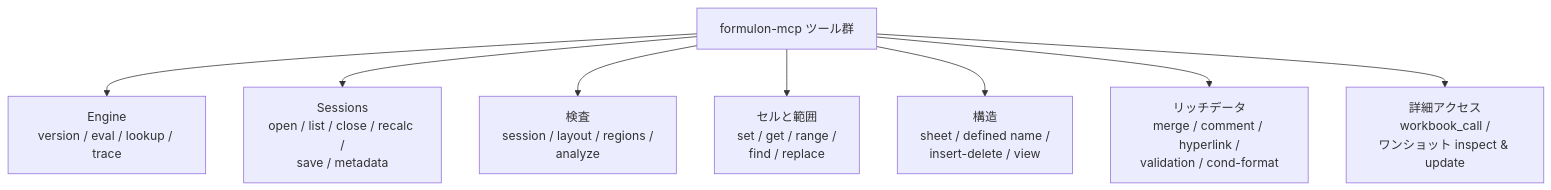
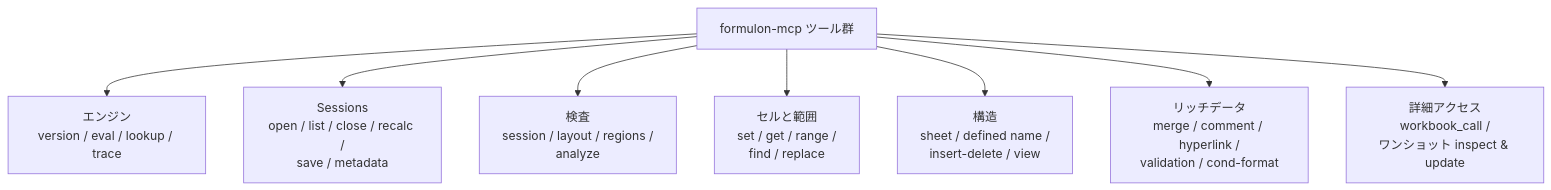
One commit to libraz/formulon-homepage changed the diagram in src/ja/mcp/tools.md. Above: the diagram before and after it, drawn with Mermaid. The commit also changed other lines of this file and 49 other files, not shown here.

````diff
--- a/src/ja/mcp/tools.md
+++ b/src/ja/mcp/tools.md
@@ -9,11 +9,11 @@
 ```mermaid
 flowchart TB
   ROOT[formulon-mcp ツール群]
-  ROOT --> ENG[Engine<br/>version / eval / lookup / trace]
+  ROOT --> ENG[エンジン<br/>version / eval / lookup / trace]
   ROOT --> SES[Sessions<br/>open / list / close / recalc /<br/>save / metadata]
   ROOT --> INS[検査<br/>session / layout / regions /<br/>analyze]
   ROOT --> CR[セルと範囲<br/>set / get / range /<br/>find / replace]
   ROOT --> STR[構造<br/>sheet / defined name /<br/>insert-delete / view]
   ROOT --> RICH[リッチデータ<br/>merge / comment / hyperlink /<br/>validation / cond-format]
   ROOT --> ADV[詳細アクセス<br/>workbook_call /<br/>ワンショット inspect &amp; update]
 ```
````
